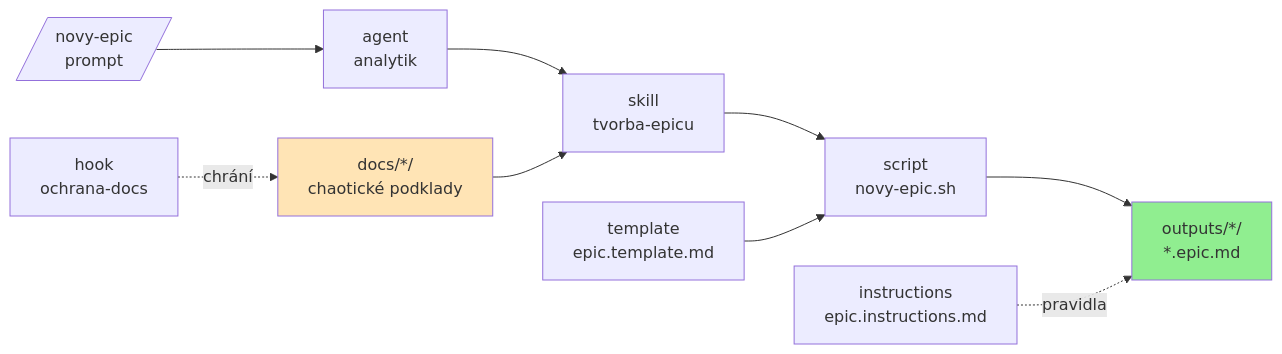
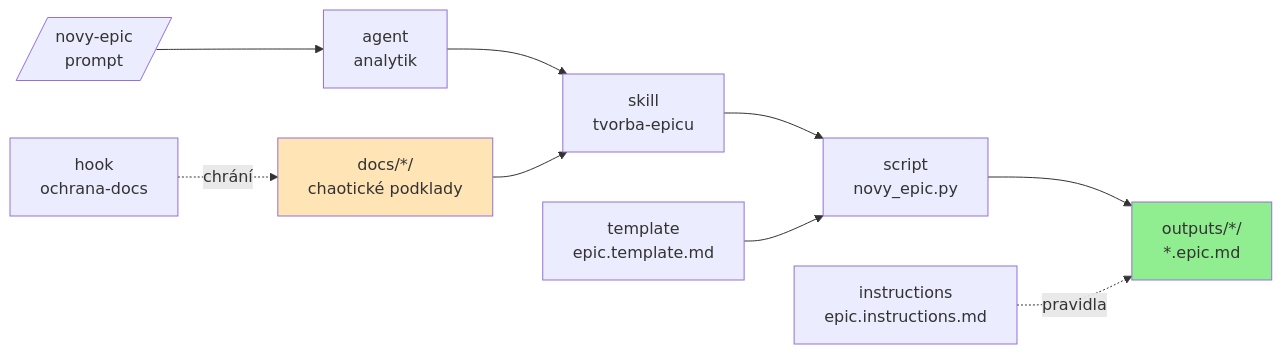
The second of 2 diagrams in README.md (DXHeroes/github-copilot-workshop), drawn with Mermaid before and after one commit. The commit also changed other lines of this file and 4 other files, not shown here.

First line of the commit message:
refactor(tvorba-epicu): rewrite novy-epic in Python

````diff
--- a/README.md
+++ b/README.md
@@ -79,14 +79,14 @@
 ```mermaid
 graph LR
     Prompt[/novy-epic<br/>prompt/] --> Agent[agent<br/>analytik]
     Agent --> Skill[skill<br/>tvorba-epicu]
-    Skill --> Script[script<br/>novy-epic.sh]
+    Skill --> Script[script<br/>novy_epic.py]
     Tmpl[template<br/>epic.template.md] --> Script
     Docs[docs/*/<br/>chaotické podklady] --> Skill
     Script --> Epic[outputs/*/<br/>*.epic.md]
     Instr[instructions<br/>epic.instructions.md] -.pravidla.-> Epic
     Hook[hook<br/>ochrana-docs] -.chrání.-> Docs
 
     style Docs fill:#FFE4B5
     style Epic fill:#90EE90
 ```
````
